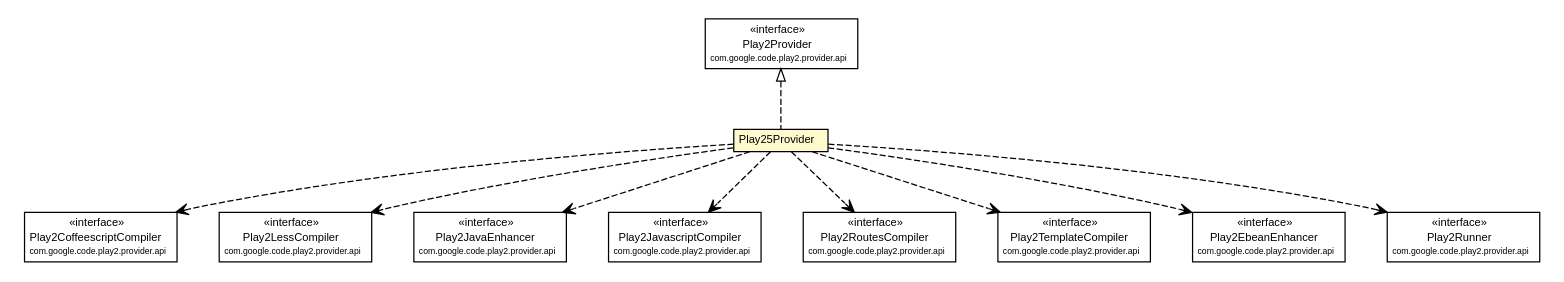
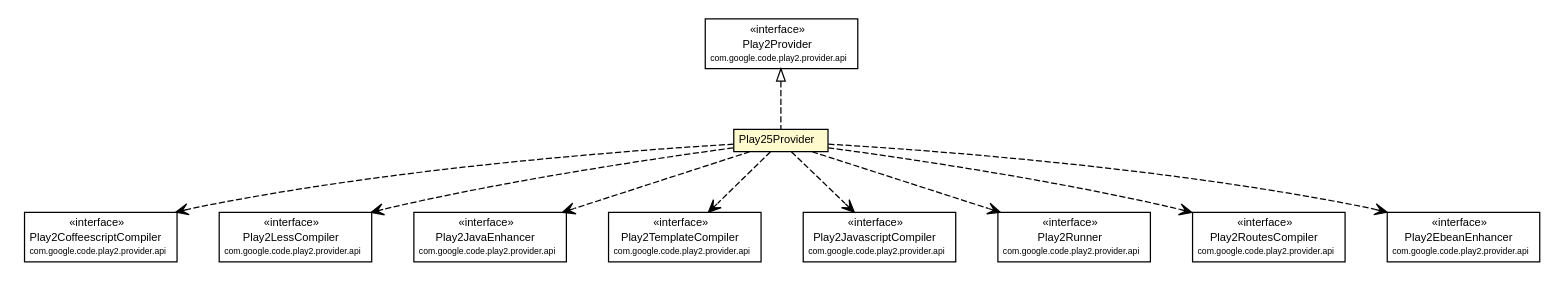
Before and after one commit to play2-maven-plugin/play2-maven-plugin.github.io: the diagram in play2-maven-plugin/1.0.0-beta6-SNAPSHOT/play2-providers/play2-provider-play25/apidocs/com/google/code/play2/provider/play25/Play25Provider.dot, drawn with Graphviz. The commit also changed 339 other files, not shown here.

```diff
--- a/play2-maven-plugin/1.0.0-beta6-SNAPSHOT/play2-providers/play2-provider-play25/apidocs/com/google/code/play2/provider/play25/Play25Provider.dot
+++ b/play2-maven-plugin/1.0.0-beta6-SNAPSHOT/play2-providers/play2-provider-play25/apidocs/com/google/code/play2/provider/play25/Play25Provider.dot
@@ -1,108 +1,108 @@
 #!/usr/local/bin/dot
 #
 # Class diagram 
 # Generated by UMLGraph version R5_6-24-gf6e263 (http://www.umlgraph.org/)
 #
 
 digraph G {
 	edge [fontname="arial",fontsize=10,labelfontname="arial",labelfontsize=10];
 	node [fontname="arial",fontsize=10,shape=plaintext];
 	nodesep=0.25;
 	ranksep=0.5;
 	// com.google.code.play2.provider.play25.Play25Provider
 	c190 [label=<<table title="com.google.code.play2.provider.play25.Play25Provider" border="0" cellborder="1" cellspacing="0" cellpadding="2" port="p" bgcolor="lemonChiffon" href="./Play25Provider.html">
 		<tr><td><table border="0" cellspacing="0" cellpadding="1">
 <tr><td align="center" balign="center"> Play25Provider </td></tr>
 		</table></td></tr>
 		</table>>, URL="./Play25Provider.html", fontname="arial", fontcolor="black", fontsize=9.0];
 	//com.google.code.play2.provider.play25.Play25Provider implements com.google.code.play2.provider.api.Play2Provider
 	c199:p -> c190:p [dir=back,arrowtail=empty,style=dashed];
 	// com.google.code.play2.provider.play25.Play25Provider DEPEND com.google.code.play2.provider.api.Play2CoffeescriptCompiler
 	c190:p -> c200:p [taillabel="", label="", headlabel="", fontname="arial", fontcolor="black", fontsize=10.0, color="black", arrowhead=open, style=dashed];
 	// com.google.code.play2.provider.play25.Play25Provider DEPEND com.google.code.play2.provider.api.Play2LessCompiler
 	c190:p -> c201:p [taillabel="", label="", headlabel="", fontname="arial", fontcolor="black", fontsize=10.0, color="black", arrowhead=open, style=dashed];
 	// com.google.code.play2.provider.play25.Play25Provider DEPEND com.google.code.play2.provider.api.Play2JavaEnhancer
 	c190:p -> c202:p [taillabel="", label="", headlabel="", fontname="arial", fontcolor="black", fontsize=10.0, color="black", arrowhead=open, style=dashed];
+	// com.google.code.play2.provider.play25.Play25Provider DEPEND com.google.code.play2.provider.api.Play2TemplateCompiler
+	c190:p -> c203:p [taillabel="", label="", headlabel="", fontname="arial", fontcolor="black", fontsize=10.0, color="black", arrowhead=open, style=dashed];
 	// com.google.code.play2.provider.play25.Play25Provider DEPEND com.google.code.play2.provider.api.Play2JavascriptCompiler
-	c190:p -> c203:p [taillabel="", label="", headlabel="", fontname="arial", fontcolor="black", fontsize=10.0, color="black", arrowhead=open, style=dashed];
+	c190:p -> c204:p [taillabel="", label="", headlabel="", fontname="arial", fontcolor="black", fontsize=10.0, color="black", arrowhead=open, style=dashed];
+	// com.google.code.play2.provider.play25.Play25Provider DEPEND com.google.code.play2.provider.api.Play2Runner
+	c190:p -> c205:p [taillabel="", label="", headlabel="", fontname="arial", fontcolor="black", fontsize=10.0, color="black", arrowhead=open, style=dashed];
 	// com.google.code.play2.provider.play25.Play25Provider DEPEND com.google.code.play2.provider.api.Play2RoutesCompiler
-	c190:p -> c204:p [taillabel="", label="", headlabel="", fontname="arial", fontcolor="black", fontsize=10.0, color="black", arrowhead=open, style=dashed];
-	// com.google.code.play2.provider.play25.Play25Provider DEPEND com.google.code.play2.provider.api.Play2TemplateCompiler
-	c190:p -> c205:p [taillabel="", label="", headlabel="", fontname="arial", fontcolor="black", fontsize=10.0, color="black", arrowhead=open, style=dashed];
+	c190:p -> c206:p [taillabel="", label="", headlabel="", fontname="arial", fontcolor="black", fontsize=10.0, color="black", arrowhead=open, style=dashed];
 	// com.google.code.play2.provider.play25.Play25Provider DEPEND com.google.code.play2.provider.api.Play2EbeanEnhancer
-	c190:p -> c206:p [taillabel="", label="", headlabel="", fontname="arial", fontcolor="black", fontsize=10.0, color="black", arrowhead=open, style=dashed];
-	// com.google.code.play2.provider.play25.Play25Provider DEPEND com.google.code.play2.provider.api.Play2Runner
 	c190:p -> c207:p [taillabel="", label="", headlabel="", fontname="arial", fontcolor="black", fontsize=10.0, color="black", arrowhead=open, style=dashed];
 	// com.google.code.play2.provider.api.Play2Provider
 	c199 [label=<<table title="com.google.code.play2.provider.api.Play2Provider" border="0" cellborder="1" cellspacing="0" cellpadding="2" port="p">
 		<tr><td><table border="0" cellspacing="0" cellpadding="1">
 <tr><td align="center" balign="center"> &#171;interface&#187; </td></tr>
 <tr><td align="center" balign="center"> Play2Provider </td></tr>
 <tr><td align="center" balign="center"><font point-size="7.0"> com.google.code.play2.provider.api </font></td></tr>
 		</table></td></tr>
 		</table>>, URL="null", fontname="arial", fontcolor="black", fontsize=9.0];
 	// com.google.code.play2.provider.api.Play2RoutesCompiler
-	c204 [label=<<table title="com.google.code.play2.provider.api.Play2RoutesCompiler" border="0" cellborder="1" cellspacing="0" cellpadding="2" port="p">
+	c206 [label=<<table title="com.google.code.play2.provider.api.Play2RoutesCompiler" border="0" cellborder="1" cellspacing="0" cellpadding="2" port="p">
 		<tr><td><table border="0" cellspacing="0" cellpadding="1">
 <tr><td align="center" balign="center"> &#171;interface&#187; </td></tr>
 <tr><td align="center" balign="center"> Play2RoutesCompiler </td></tr>
 <tr><td align="center" balign="center"><font point-size="7.0"> com.google.code.play2.provider.api </font></td></tr>
 		</table></td></tr>
 		</table>>, URL="null", fontname="arial", fontcolor="black", fontsize=9.0];
 	// com.google.code.play2.provider.api.Play2LessCompiler
 	c201 [label=<<table title="com.google.code.play2.provider.api.Play2LessCompiler" border="0" cellborder="1" cellspacing="0" cellpadding="2" port="p">
 		<tr><td><table border="0" cellspacing="0" cellpadding="1">
 <tr><td align="center" balign="center"> &#171;interface&#187; </td></tr>
 <tr><td align="center" balign="center"> Play2LessCompiler </td></tr>
 <tr><td align="center" balign="center"><font point-size="7.0"> com.google.code.play2.provider.api </font></td></tr>
 		</table></td></tr>
 		</table>>, URL="null", fontname="arial", fontcolor="black", fontsize=9.0];
 	// com.google.code.play2.provider.api.Play2TemplateCompiler
-	c205 [label=<<table title="com.google.code.play2.provider.api.Play2TemplateCompiler" border="0" cellborder="1" cellspacing="0" cellpadding="2" port="p">
+	c203 [label=<<table title="com.google.code.play2.provider.api.Play2TemplateCompiler" border="0" cellborder="1" cellspacing="0" cellpadding="2" port="p">
 		<tr><td><table border="0" cellspacing="0" cellpadding="1">
 <tr><td align="center" balign="center"> &#171;interface&#187; </td></tr>
 <tr><td align="center" balign="center"> Play2TemplateCompiler </td></tr>
 <tr><td align="center" balign="center"><font point-size="7.0"> com.google.code.play2.provider.api </font></td></tr>
 		</table></td></tr>
 		</table>>, URL="null", fontname="arial", fontcolor="black", fontsize=9.0];
 	// com.google.code.play2.provider.api.Play2CoffeescriptCompiler
 	c200 [label=<<table title="com.google.code.play2.provider.api.Play2CoffeescriptCompiler" border="0" cellborder="1" cellspacing="0" cellpadding="2" port="p">
 		<tr><td><table border="0" cellspacing="0" cellpadding="1">
 <tr><td align="center" balign="center"> &#171;interface&#187; </td></tr>
 <tr><td align="center" balign="center"> Play2CoffeescriptCompiler </td></tr>
 <tr><td align="center" balign="center"><font point-size="7.0"> com.google.code.play2.provider.api </font></td></tr>
 		</table></td></tr>
 		</table>>, URL="null", fontname="arial", fontcolor="black", fontsize=9.0];
 	// com.google.code.play2.provider.api.Play2EbeanEnhancer
-	c206 [label=<<table title="com.google.code.play2.provider.api.Play2EbeanEnhancer" border="0" cellborder="1" cellspacing="0" cellpadding="2" port="p">
+	c207 [label=<<table title="com.google.code.play2.provider.api.Play2EbeanEnhancer" border="0" cellborder="1" cellspacing="0" cellpadding="2" port="p">
 		<tr><td><table border="0" cellspacing="0" cellpadding="1">
 <tr><td align="center" balign="center"> &#171;interface&#187; </td></tr>
 <tr><td align="center" balign="center"> Play2EbeanEnhancer </td></tr>
 <tr><td align="center" balign="center"><font point-size="7.0"> com.google.code.play2.provider.api </font></td></tr>
 		</table></td></tr>
 		</table>>, URL="null", fontname="arial", fontcolor="black", fontsize=9.0];
 	// com.google.code.play2.provider.api.Play2JavascriptCompiler
-	c203 [label=<<table title="com.google.code.play2.provider.api.Play2JavascriptCompiler" border="0" cellborder="1" cellspacing="0" cellpadding="2" port="p">
+	c204 [label=<<table title="com.google.code.play2.provider.api.Play2JavascriptCompiler" border="0" cellborder="1" cellspacing="0" cellpadding="2" port="p">
 		<tr><td><table border="0" cellspacing="0" cellpadding="1">
 <tr><td align="center" balign="center"> &#171;interface&#187; </td></tr>
 <tr><td align="center" balign="center"> Play2JavascriptCompiler </td></tr>
 <tr><td align="center" balign="center"><font point-size="7.0"> com.google.code.play2.provider.api </font></td></tr>
 		</table></td></tr>
 		</table>>, URL="null", fontname="arial", fontcolor="black", fontsize=9.0];
 	// com.google.code.play2.provider.api.Play2JavaEnhancer
 	c202 [label=<<table title="com.google.code.play2.provider.api.Play2JavaEnhancer" border="0" cellborder="1" cellspacing="0" cellpadding="2" port="p">
 		<tr><td><table border="0" cellspacing="0" cellpadding="1">
 <tr><td align="center" balign="center"> &#171;interface&#187; </td></tr>
 <tr><td align="center" balign="center"> Play2JavaEnhancer </td></tr>
 <tr><td align="center" balign="center"><font point-size="7.0"> com.google.code.play2.provider.api </font></td></tr>
 		</table></td></tr>
 		</table>>, URL="null", fontname="arial", fontcolor="black", fontsize=9.0];
 	// com.google.code.play2.provider.api.Play2Runner
-	c207 [label=<<table title="com.google.code.play2.provider.api.Play2Runner" border="0" cellborder="1" cellspacing="0" cellpadding="2" port="p">
+	c205 [label=<<table title="com.google.code.play2.provider.api.Play2Runner" border="0" cellborder="1" cellspacing="0" cellpadding="2" port="p">
 		<tr><td><table border="0" cellspacing="0" cellpadding="1">
 <tr><td align="center" balign="center"> &#171;interface&#187; </td></tr>
 <tr><td align="center" balign="center"> Play2Runner </td></tr>
 <tr><td align="center" balign="center"><font point-size="7.0"> com.google.code.play2.provider.api </font></td></tr>
 		</table></td></tr>
 		</table>>, URL="null", fontname="arial", fontcolor="black", fontsize=9.0];
 }
```
